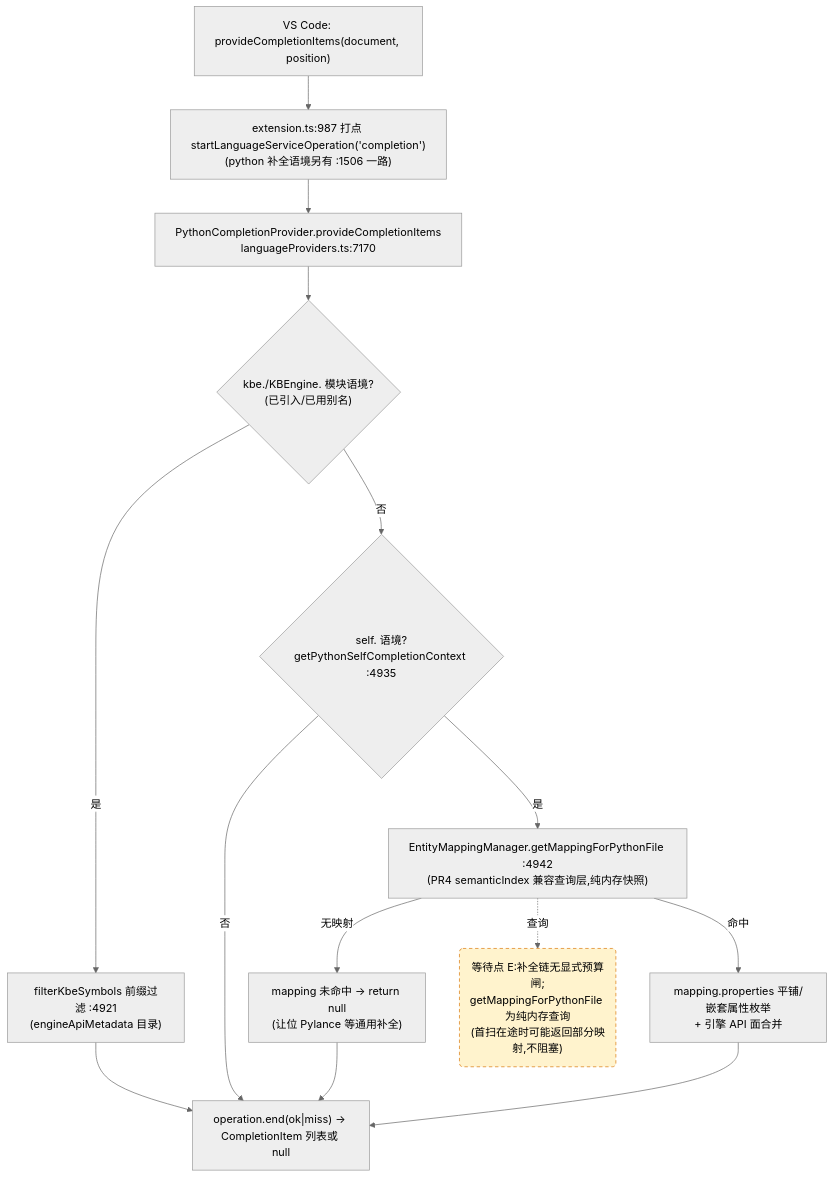
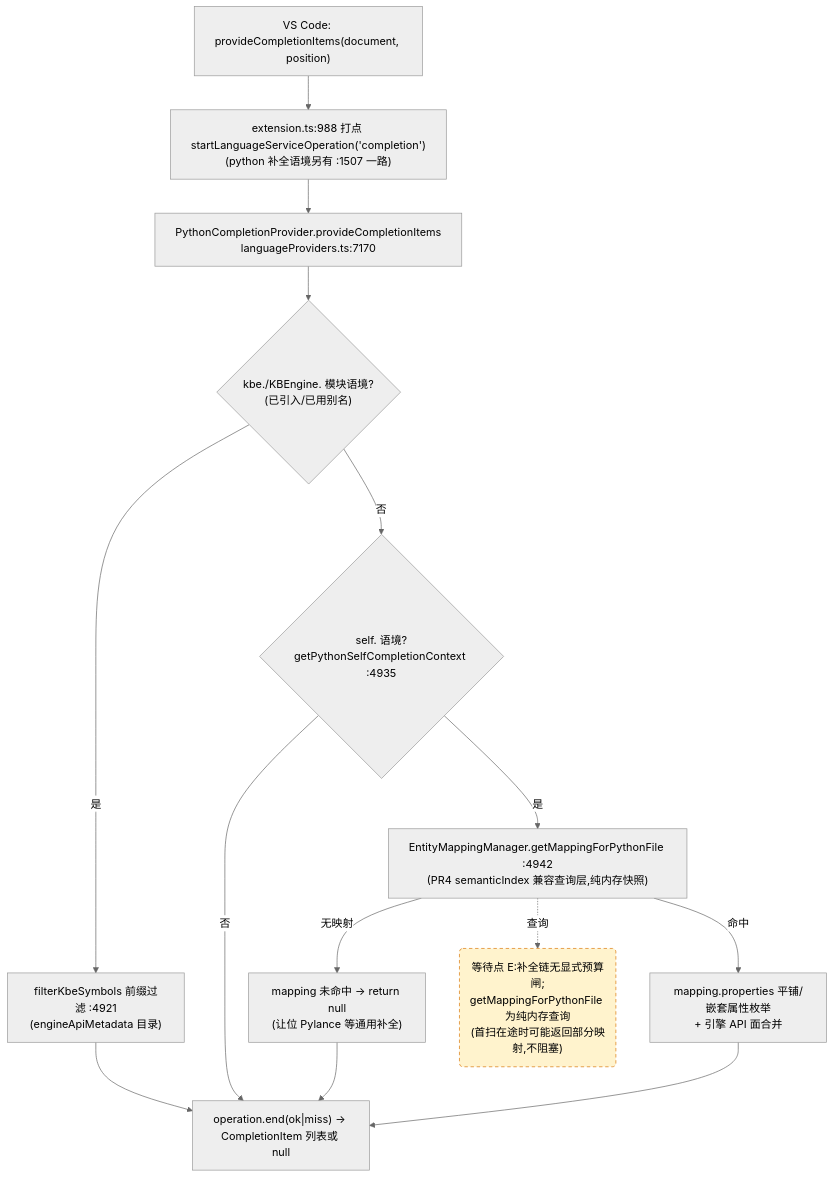
Before and after one commit to cuihairu/kode: the third of 4 diagrams in docs/perf/2026-baseline.md, drawn with Mermaid (neutral theme). The commit also changed other lines of this file and 2 other files, not shown here.

Commit message:
docs(live): commands.md section for exception source jump; reconcile perf baseline and call-chain anchors after extension.ts import shift (IDE-LIV-007)

````diff
--- a/docs/perf/2026-baseline.md
+++ b/docs/perf/2026-baseline.md
@@ -184,27 +184,27 @@
 ```mermaid
 flowchart TD
   VC3["VS Code: provideCompletionItems(document, position)"]
-  M3["extension.ts:987 打点 startLanguageServiceOperation('completion')<br/>(python 补全语境另有 :1506 一路)"]
+  M3["extension.ts:988 打点 startLanguageServiceOperation('completion')<br/>(python 补全语境另有 :1507 一路)"]
   CP["PythonCompletionProvider.provideCompletionItems<br/>languageProviders.ts:7170"]
   KBEC{"kbe./KBEngine. 模块语境?<br/>(已引入/已用别名)"}
   FILTER["filterKbeSymbols 前缀过滤 :4921<br/>(engineApiMetadata 目录)"]
   SELFC{"self. 语境?<br/>getPythonSelfCompletionContext :4935"}
   MAP["EntityMappingManager.getMappingForPythonFile :4942<br/>(PR4 semanticIndex 兼容查询层,纯内存快照)"]
   NOMAP["mapping 未命中 → return null<br/>(让位 Pylance 等通用补全)"]
   PROPS["mapping.properties 平铺/嵌套属性枚举<br/>+ 引擎 API 面合并"]
   END3["operation.end(ok|miss) → CompletionItem 列表或 null"]
 
   VC3 --> M3 --> CP --> KBEC
   KBEC -- "是" --> FILTER --> END3
   KBEC -- "否" --> SELFC
   SELFC -- "否" --> END3
   SELFC -- "是" --> MAP
   MAP -- "无映射" --> NOMAP --> END3
   MAP -- "命中" --> PROPS --> END3
 
   WAITE("等待点 E:补全链无显式预算闸;<br/>getMappingForPythonFile 为纯内存查询<br/>(首扫在途时可能返回部分映射,不阻塞)")
   MAP -.->|查询| WAITE
 
   classDef waitPoint fill:#fff3cd,stroke:#d97706,stroke-dasharray:5 4;
   class WAITE waitPoint;
 ```
````
